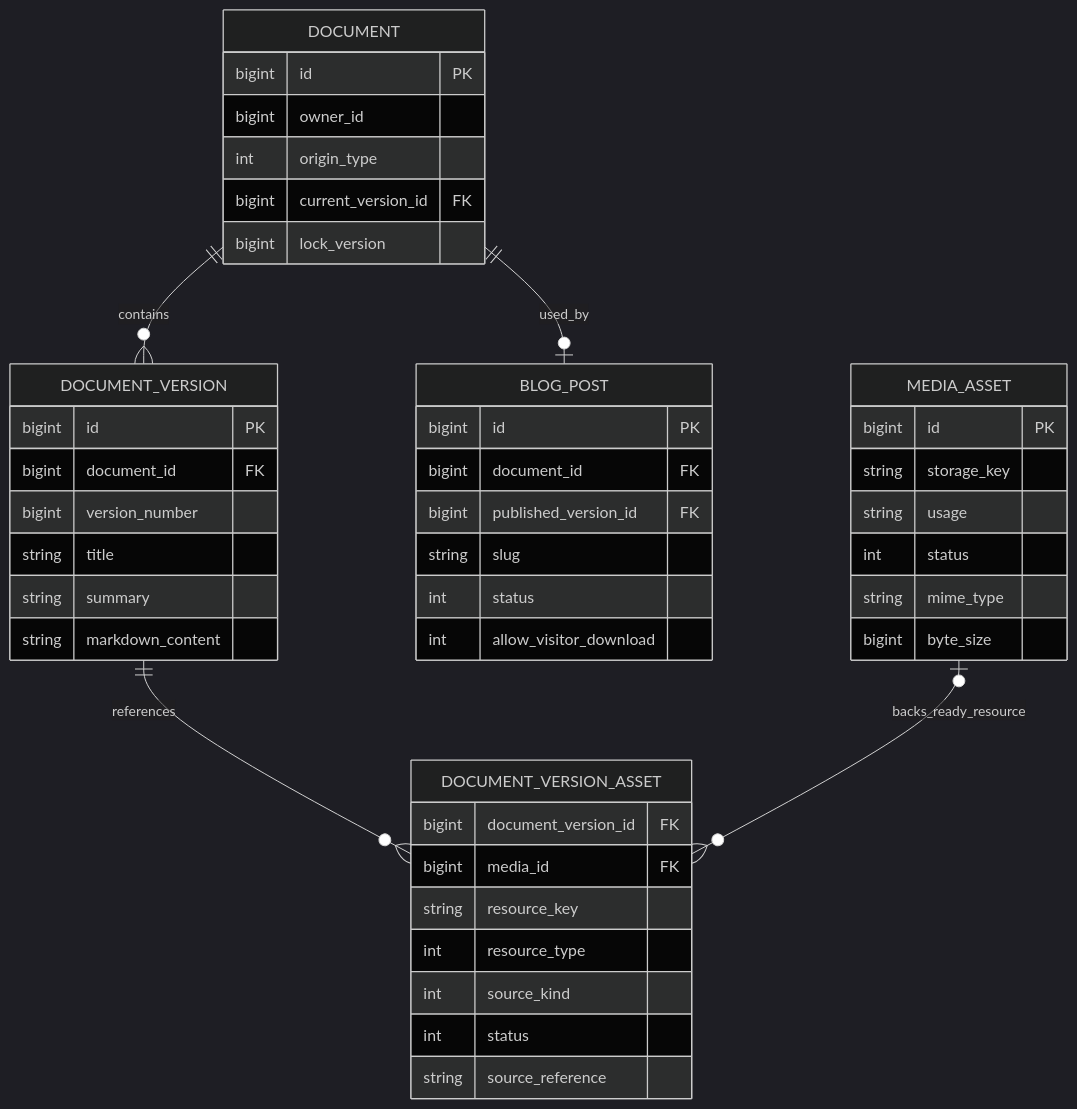
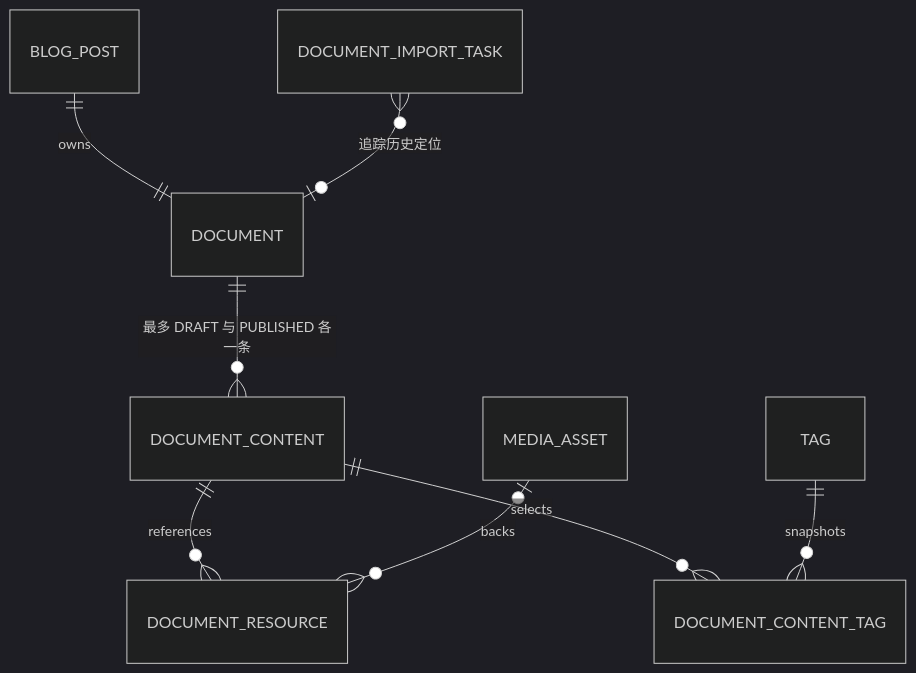
The second of 7 diagrams in resources/architecture/document-import-export.md (WKING66/mai-s-portfolio), drawn with Mermaid (dark theme) before and after one commit. The commit also changed other lines of this file and 76 other files, not shown here.

Commit message:
refactor(backend-blog): align document draft and publication lifecycle

````diff
--- a/resources/architecture/document-import-export.md
+++ b/resources/architecture/document-import-export.md
@@ -45,47 +35,10 @@
 ```mermaid
 erDiagram
-    DOCUMENT ||--o{ DOCUMENT_VERSION : contains
-    DOCUMENT ||--o| BLOG_POST : used_by
-    DOCUMENT_VERSION ||--o{ DOCUMENT_VERSION_ASSET : references
-    MEDIA_ASSET o|--o{ DOCUMENT_VERSION_ASSET : backs_ready_resource
-    DOCUMENT {
-        bigint id PK
-        bigint owner_id
-        int origin_type
-        bigint current_version_id FK
-        bigint lock_version
-    }
-    DOCUMENT_VERSION {
-        bigint id PK
-        bigint document_id FK
-        bigint version_number
-        string title
-        string summary
-        string markdown_content
-    }
-    BLOG_POST {
-        bigint id PK
-        bigint document_id FK
-        bigint published_version_id FK
-        string slug
-        int status
-        int allow_visitor_download
-    }
-    DOCUMENT_VERSION_ASSET {
-        bigint document_version_id FK
-        bigint media_id FK
-        string resource_key
-        int resource_type
-        int source_kind
-        int status
-        string source_reference
-    }
-    MEDIA_ASSET {
-        bigint id PK
-        string storage_key
-        string usage
-        int status
-        string mime_type
-        bigint byte_size
-    }
+    BLOG_POST ||--|| DOCUMENT : owns
+    DOCUMENT ||--o{ DOCUMENT_CONTENT : "最多 DRAFT 与 PUBLISHED 各一条"
+    DOCUMENT_CONTENT ||--o{ DOCUMENT_RESOURCE : references
+    DOCUMENT_CONTENT ||--o{ DOCUMENT_CONTENT_TAG : selects
+    MEDIA_ASSET o|--o{ DOCUMENT_RESOURCE : backs
+    TAG ||--o{ DOCUMENT_CONTENT_TAG : snapshots
+    DOCUMENT_IMPORT_TASK }o--o| DOCUMENT : "追踪历史定位"
 ```
````
